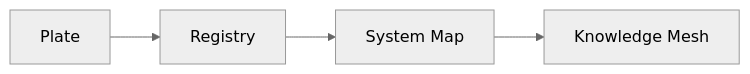
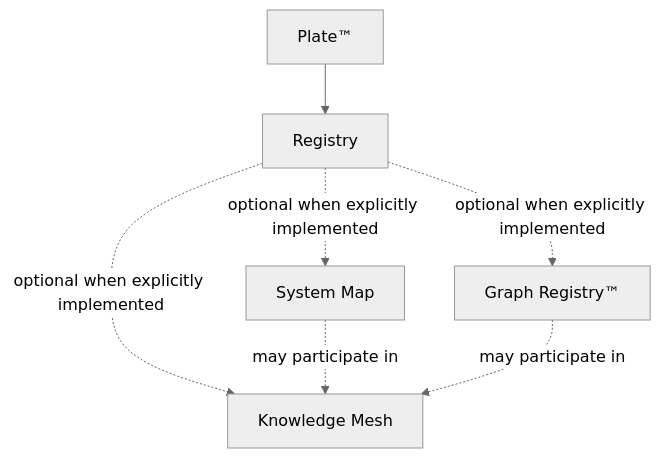
Before and after one commit to RobbieRazor/robbies-razor-benchmarks: the sixth of 12 diagrams in docs/architecture/GRAND_COMPRESSION_DIAGRAMS.md, drawn with Mermaid (neutral theme). The commit also changed other lines of this file, not shown here.

First line of the commit message:
Make RKCA higher-order resource layers explicitly optional (#681)

````diff
--- a/docs/architecture/GRAND_COMPRESSION_DIAGRAMS.md
+++ b/docs/architecture/GRAND_COMPRESSION_DIAGRAMS.md
@@ -196,6 +204,9 @@
 ```mermaid
-flowchart LR
-    A[Plate] --> B[Registry]
-    B --> C[System Map]
-    C --> D[Knowledge Mesh]
+flowchart TD
+    A[Plate™] --> B[Registry]
+    B -. optional when explicitly implemented .-> C[System Map]
+    B -. optional when explicitly implemented .-> D[Graph Registry™]
+    B -. optional when explicitly implemented .-> E[Knowledge Mesh]
+    C -. may participate in .-> E
+    D -. may participate in .-> E
 ```
````
